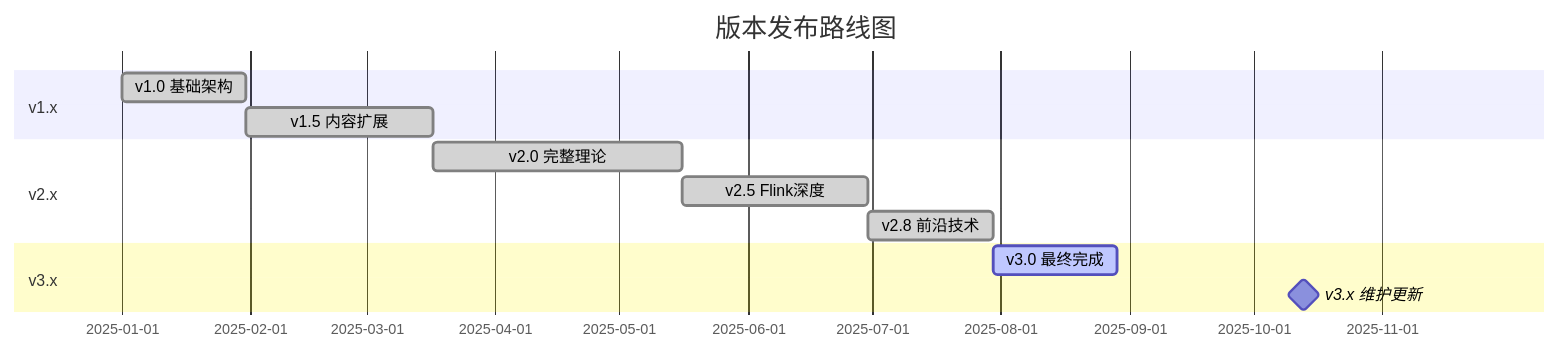
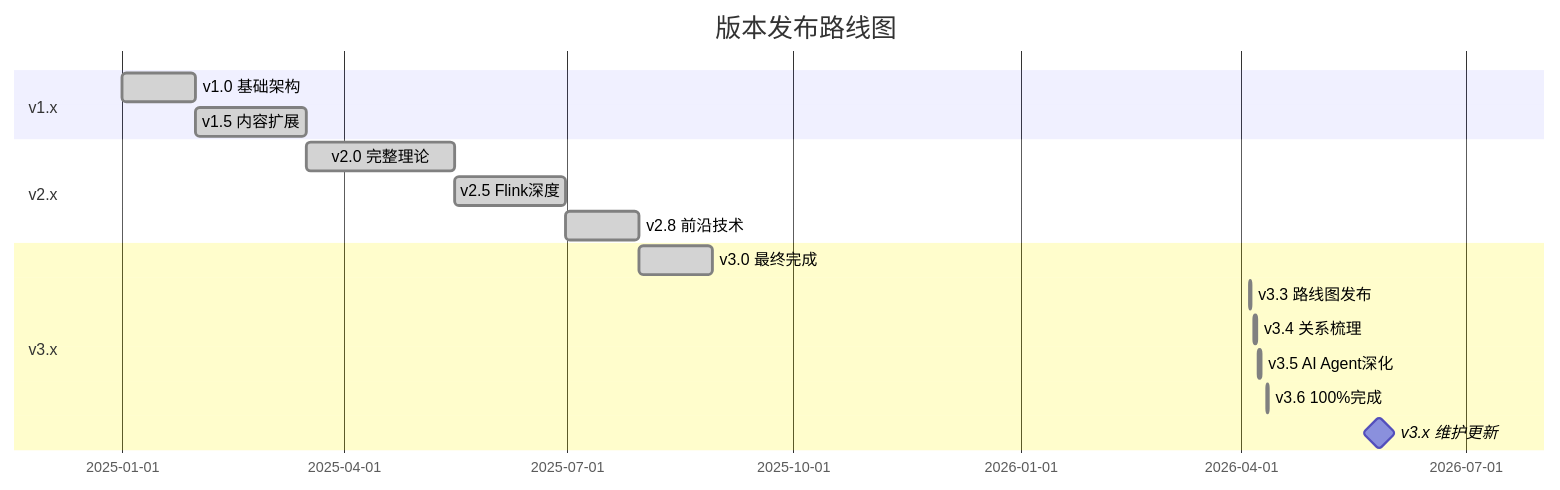
Before and after one commit to AdaMartin18010/AnalysisDataFlow: diagram 11 of 13 in ARCHITECTURE.md, drawn with Mermaid. The commit also changed other lines of this file and 122 other files, not shown here.

````diff
--- a/ARCHITECTURE.md
+++ b/ARCHITECTURE.md
@@ -674,18 +688,22 @@
 ```mermaid
 gantt
     title 版本发布路线图
     dateFormat YYYY-MM-DD
 
     section v1.x
     v1.0 基础架构       :done, v1_0, 2025-01-01, 30d
     v1.5 内容扩展       :done, v1_5, after v1_0, 45d
 
     section v2.x
     v2.0 完整理论       :done, v2_0, after v1_5, 60d
     v2.5 Flink深度      :done, v2_5, after v2_0, 45d
     v2.8 前沿技术       :done, v2_8, after v2_5, 30d
 
     section v3.x
-    v3.0 最终完成       :active, v3_0, after v2_8, 30d
-    v3.x 维护更新       :milestone, v3_m, after v3_0, 90d
+    v3.0 最终完成       :done, v3_0, after v2_8, 30d
+    v3.3 路线图发布     :done, v3_3, 2026-04-04, 1d
+    v3.4 关系梳理       :done, v3_4, 2026-04-06, 1d
+    v3.5 AI Agent深化   :done, v3_5, 2026-04-08, 1d
+    v3.6 100%完成       :done, v3_6, 2026-04-11, 1d
+    v3.x 维护更新       :milestone, v3_m, after v3_6, 90d
 ```
````
